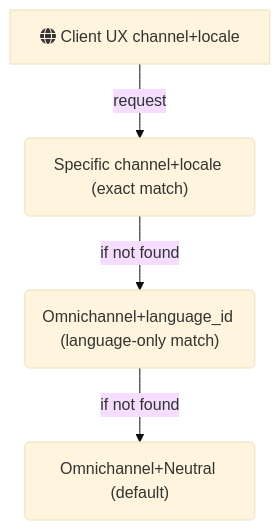
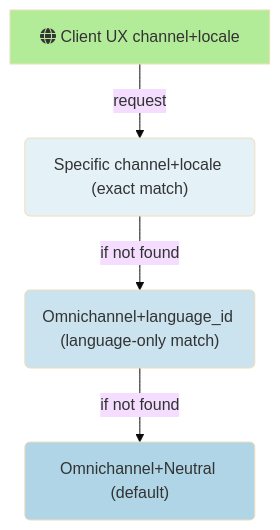
The first of 2 diagrams in articles/commerce/omnichannel-media-management/omnichannel-media-management-overview.md (MicrosoftDocs/dynamics-365-unified-operations-public), drawn with Mermaid (base theme) before and after one commit.

````diff
--- a/articles/commerce/omnichannel-media-management/omnichannel-media-management-overview.md
+++ b/articles/commerce/omnichannel-media-management/omnichannel-media-management-overview.md
@@ -65,6 +65,10 @@
 ```mermaid
   flowchart TD;
       A[fa:fa-globe Client UX channel+locale]-->|request| B("Specific channel+locale (exact match)")
       B-->|if not found| C("Omnichannel+language_id (language-only match)")
-      C-->|if not found| D("Omnichannel+Neutral (default)");
+      C-->|if not found| D("Omnichannel+Neutral (default)")
+      style A fill:#B3EC98
+      style B fill:#e4f1f7
+      style C fill:#cae3ef
+      style D fill:#afd5e7
 ```
````
